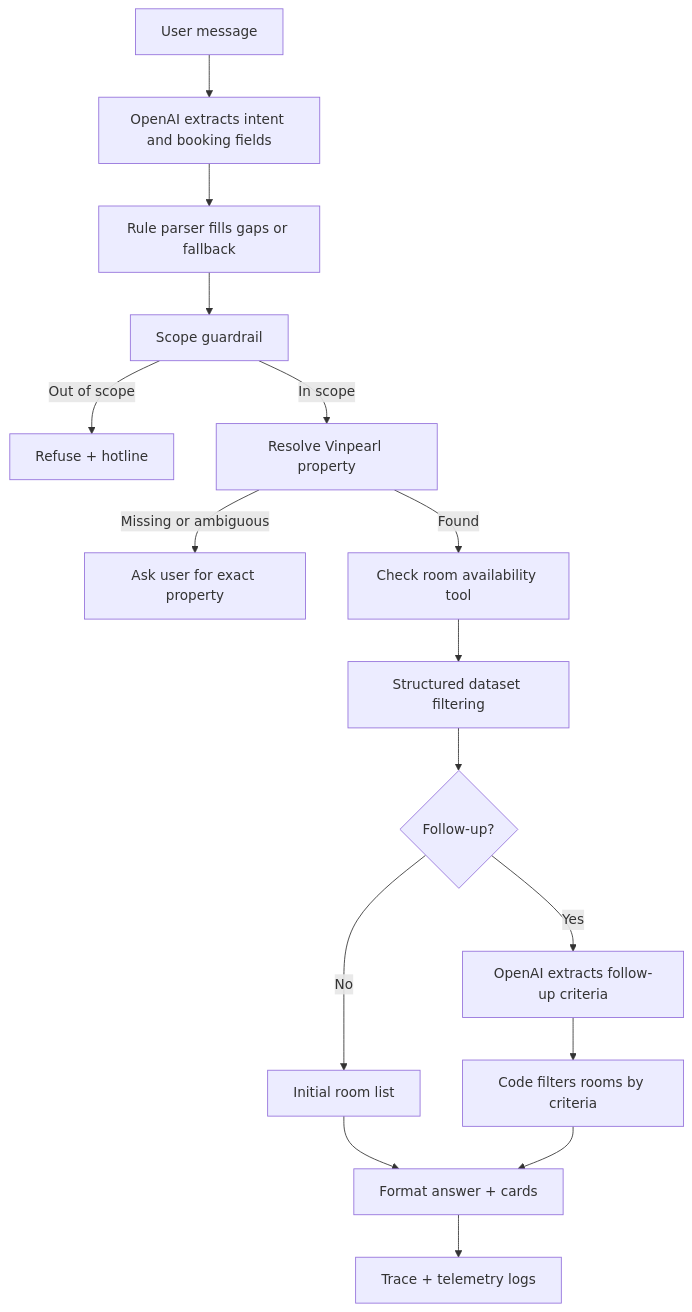
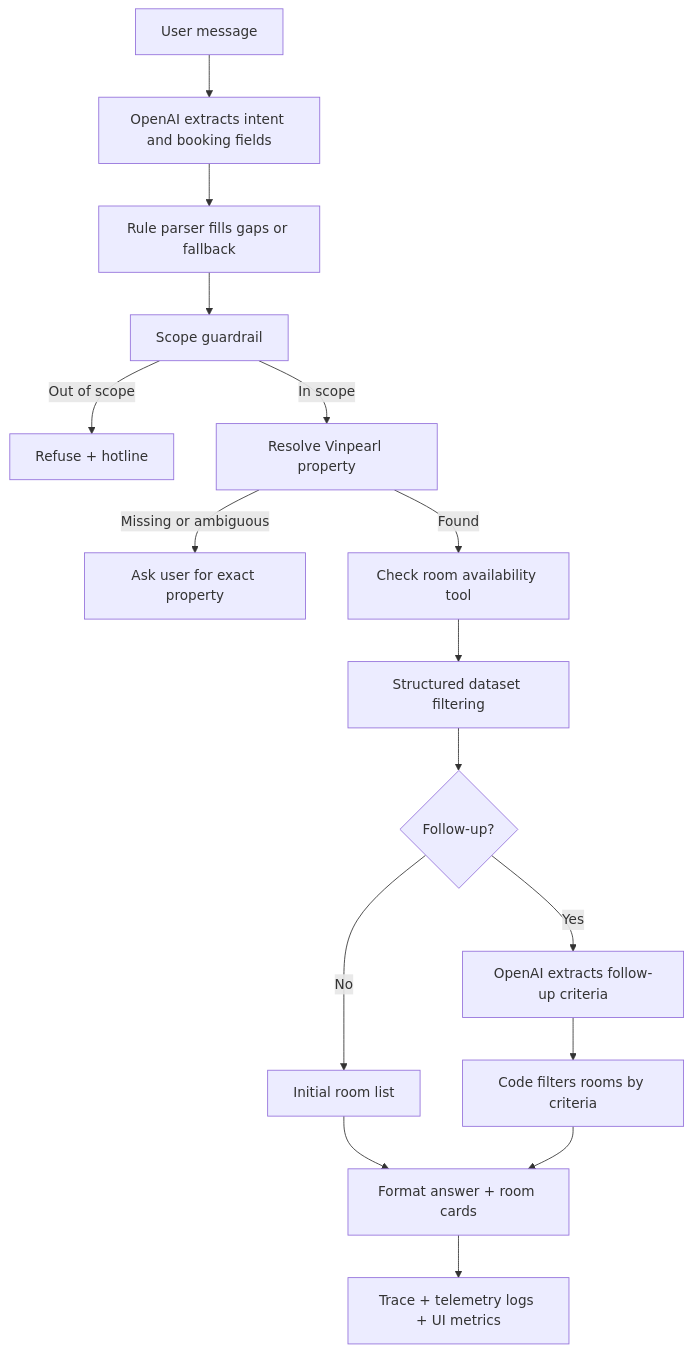
Before and after one commit to vkhoa2110/Day-3-Lab-Chatbot-vs-react-agent: the diagram in report/group_report/GROUP_REPORT_VINPEARL_ROOM_AGENT.md, drawn with Mermaid. The commit also changed other lines of this file and 1 other file, not shown here.

````diff
--- a/report/group_report/GROUP_REPORT_VINPEARL_ROOM_AGENT.md
+++ b/report/group_report/GROUP_REPORT_VINPEARL_ROOM_AGENT.md
@@ -32,18 +69,18 @@
 ```mermaid
 flowchart TD
     A[User message] --> B[OpenAI extracts intent and booking fields]
     B --> C[Rule parser fills gaps or fallback]
     C --> D[Scope guardrail]
     D -->|Out of scope| E[Refuse + hotline]
     D -->|In scope| F[Resolve Vinpearl property]
     F -->|Missing or ambiguous| G[Ask user for exact property]
     F -->|Found| H[Check room availability tool]
     H --> I[Structured dataset filtering]
     I --> J{Follow-up?}
     J -->|Yes| K[OpenAI extracts follow-up criteria]
     J -->|No| L[Initial room list]
     K --> M[Code filters rooms by criteria]
-    L --> N[Format answer + cards]
+    L --> N[Format answer + room cards]
     M --> N
-    N --> O[Trace + telemetry logs]
+    N --> O[Trace + telemetry logs + UI metrics]
 ```
````
